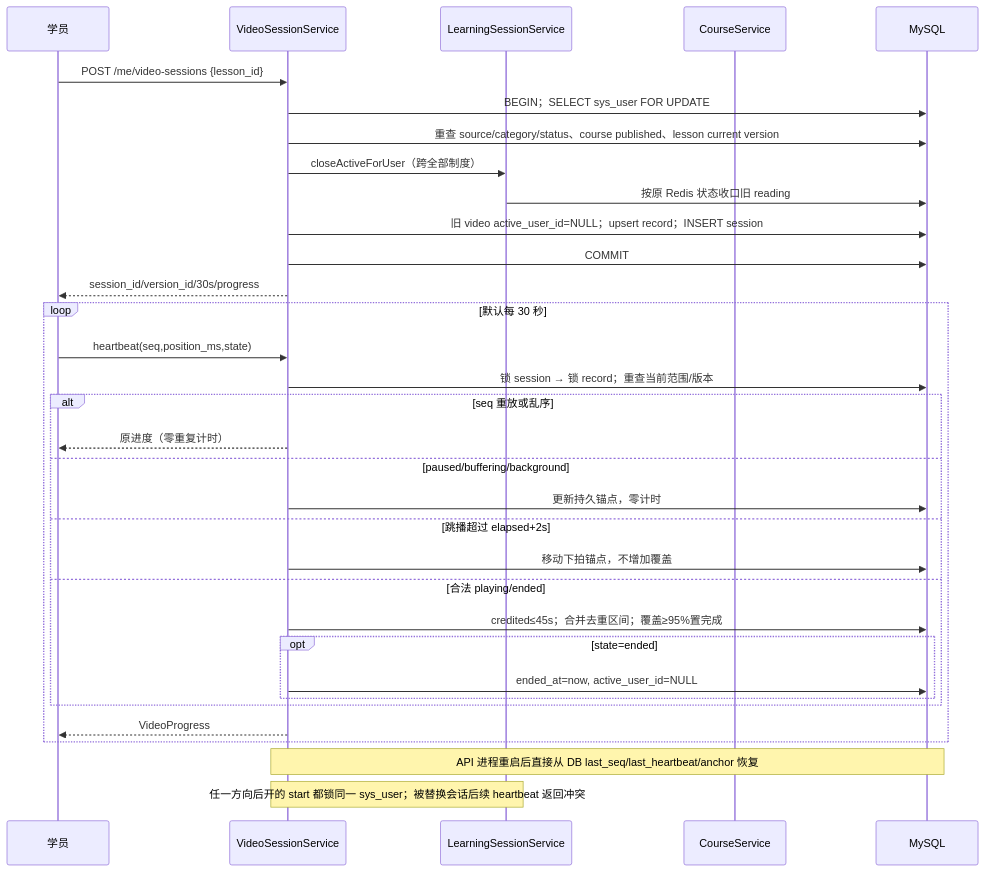
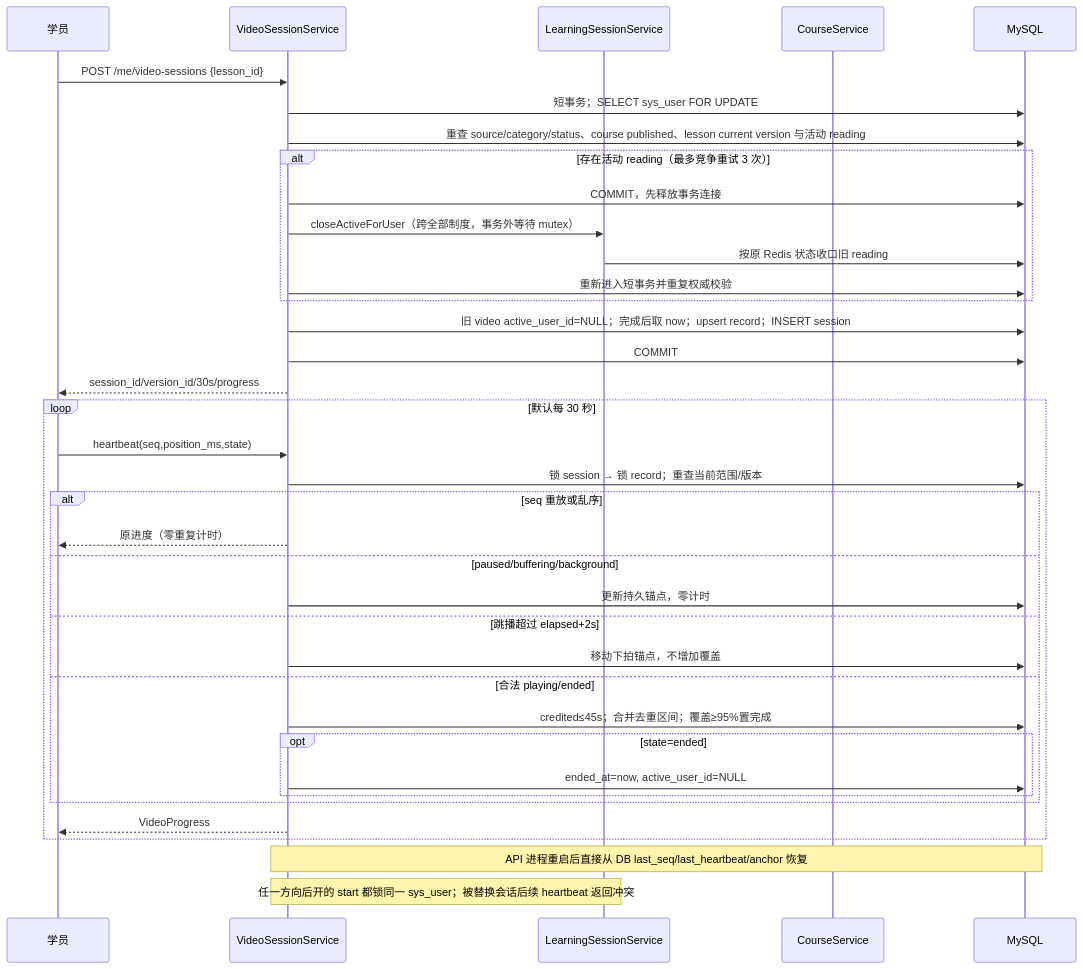
One commit to caoguanjie/emodor-exam changed the fourth of 20 diagrams in docs/design/06-关键流程.md. Above: the diagram before and after it, drawn with Mermaid. The commit also changed other lines of this file and 15 other files, not shown here.

````diff
--- a/docs/design/06-关键流程.md
+++ b/docs/design/06-关键流程.md
@@ -194,38 +194,42 @@
 ```mermaid
 sequenceDiagram
     participant Learner as 学员
     participant Video as VideoSessionService
     participant Reading as LearningSessionService
     participant Course as CourseService
     participant DB as MySQL
 
     Learner->>Video: POST /me/video-sessions {lesson_id}
-    Video->>DB: BEGIN；SELECT sys_user FOR UPDATE
-    Video->>DB: 重查 source/category/status、course published、lesson current version
-    Video->>Reading: closeActiveForUser（跨全部制度）
-    Reading->>DB: 按原 Redis 状态收口旧 reading
-    Video->>DB: 旧 video active_user_id=NULL；upsert record；INSERT session
+    Video->>DB: 短事务；SELECT sys_user FOR UPDATE
+    Video->>DB: 重查 source/category/status、course published、lesson current version 与活动 reading
+    alt 存在活动 reading（最多竞争重试 3 次）
+        Video->>DB: COMMIT，先释放事务连接
+        Video->>Reading: closeActiveForUser（跨全部制度，事务外等待 mutex）
+        Reading->>DB: 按原 Redis 状态收口旧 reading
+        Video->>DB: 重新进入短事务并重复权威校验
+    end
+    Video->>DB: 旧 video active_user_id=NULL；完成后取 now；upsert record；INSERT session
     Video->>DB: COMMIT
     Video-->>Learner: session_id/version_id/30s/progress
 
     loop 默认每 30 秒
         Learner->>Video: heartbeat(seq,position_ms,state)
         Video->>DB: 锁 session → 锁 record；重查当前范围/版本
         alt seq 重放或乱序
             Video-->>Learner: 原进度（零重复计时）
         else paused/buffering/background
             Video->>DB: 更新持久锚点，零计时
         else 跳播超过 elapsed+2s
             Video->>DB: 移动下拍锚点，不增加覆盖
         else 合法 playing/ended
             Video->>DB: credited≤45s；合并去重区间；覆盖≥95%置完成
             opt state=ended
                 Video->>DB: ended_at=now, active_user_id=NULL
             end
         end
         Video-->>Learner: VideoProgress
     end
 
     Note over Video,DB: API 进程重启后直接从 DB last_seq/last_heartbeat/anchor 恢复
     Note over Reading,Video: 任一方向后开的 start 都锁同一 sys_user；被替换会话后续 heartbeat 返回冲突
 ```
````
